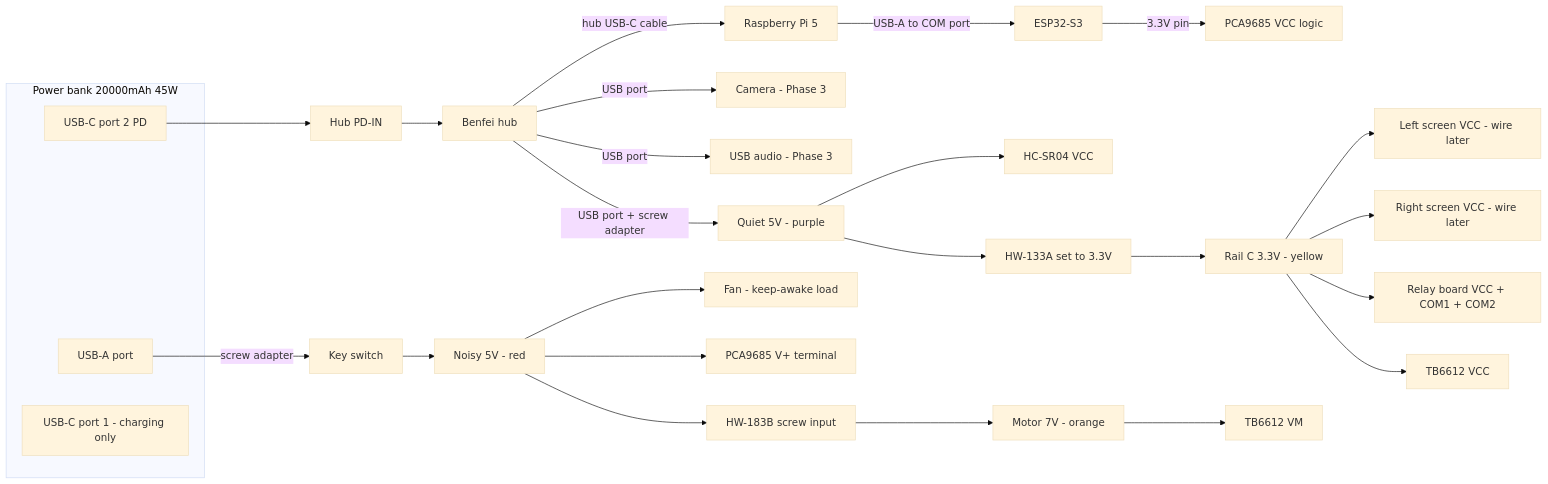
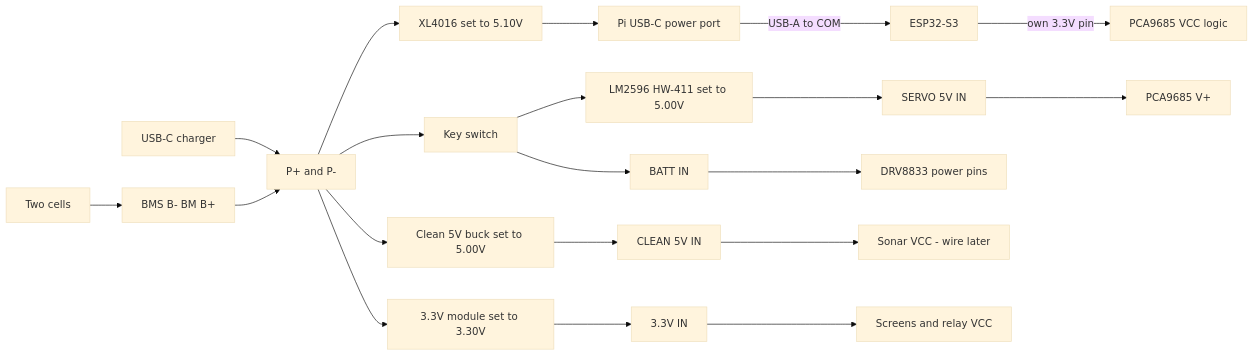
The first of 4 diagrams in wiring.md (ms95ir-ctrl/Abadi_Rover), drawn with Mermaid (base theme) before and after one commit. The commit also changed other lines of this file and 1 other file, not shown here.

First line of the commit message:
Write the path from power wiring to a seeing, talking rover.

````diff
--- a/wiring.md
+++ b/wiring.md
@@ -25,34 +30,26 @@
 ```mermaid
 flowchart LR
-    subgraph bank [Power bank 20000mAh 45W]
-        C2["USB-C port 2 PD"]
-        UA["USB-A port"]
-        C1["USB-C port 1 - charging only"]
-    end
+    Cells["Two cells"] --> BMS["BMS B- BM B+"]
+    Charger["USB-C charger"] --> P["P+ and P-"]
+    BMS --> P
 
-    C2 --> HubIn["Hub PD-IN"]
-    HubIn --> Hub["Benfei hub"]
-    Hub -->|"hub USB-C cable"| Pi["Raspberry Pi 5"]
-    Pi -->|"USB-A to COM port"| ESP["ESP32-S3"]
-    Hub -->|"USB port"| Cam["Camera - Phase 3"]
-    Hub -->|"USB port"| Audio["USB audio - Phase 3"]
-    Hub -->|"USB port + screw adapter"| Quiet["Quiet 5V - purple"]
+    P --> XL["XL4016 set to 5.10V"]
+    P --> Clean["Clean 5V buck set to 5.00V"]
+    P --> Mod33["3.3V module set to 3.30V"]
+    P --> Key["Key switch"]
 
-    Quiet --> Sonar["HC-SR04 VCC"]
-    Quiet --> Buck["HW-133A set to 3.3V"]
-    Buck --> RailC["Rail C 3.3V - yellow"]
-    RailC --> ScrL["Left screen VCC - wire later"]
-    RailC --> ScrR["Right screen VCC - wire later"]
-    RailC --> Relay["Relay board VCC + COM1 + COM2"]
-    RailC --> TBVcc["TB6612 VCC"]
+    XL --> Pi["Pi USB-C power port"]
+    Pi -->|"USB-A to COM"| ESP["ESP32-S3"]
 
-    UA -->|"screw adapter"| Key["Key switch"]
-    Key --> Noisy["Noisy 5V - red"]
-    Noisy --> Fan["Fan - keep-awake load"]
-    Noisy --> PCAVplus["PCA9685 V+ terminal"]
-    Noisy --> Boost["HW-183B screw input"]
-    Boost --> Motor7["Motor 7V - orange"]
-    Motor7 --> TBVM["TB6612 VM"]
+    Clean --> CleanIn["CLEAN 5V IN"]
+    Mod33 --> Rail["3.3V IN"]
+    Key --> Batt["BATT IN"]
+    Key --> ServoBuck["LM2596 HW-411 set to 5.00V"]
+    ServoBuck --> ServoIn["SERVO 5V IN"]
 
-    ESP -->|"3.3V pin"| PCAVcc["PCA9685 VCC logic"]
+    Batt --> Motors["DRV8833 power pins"]
+    CleanIn --> Sonar["Sonar VCC - wire later"]
+    Rail --> Screens["Screens and relay VCC"]
+    ServoIn --> PCAV["PCA9685 V+"]
+    ESP -->|"own 3.3V pin"| PCALogic["PCA9685 VCC logic"]
 ```
````
